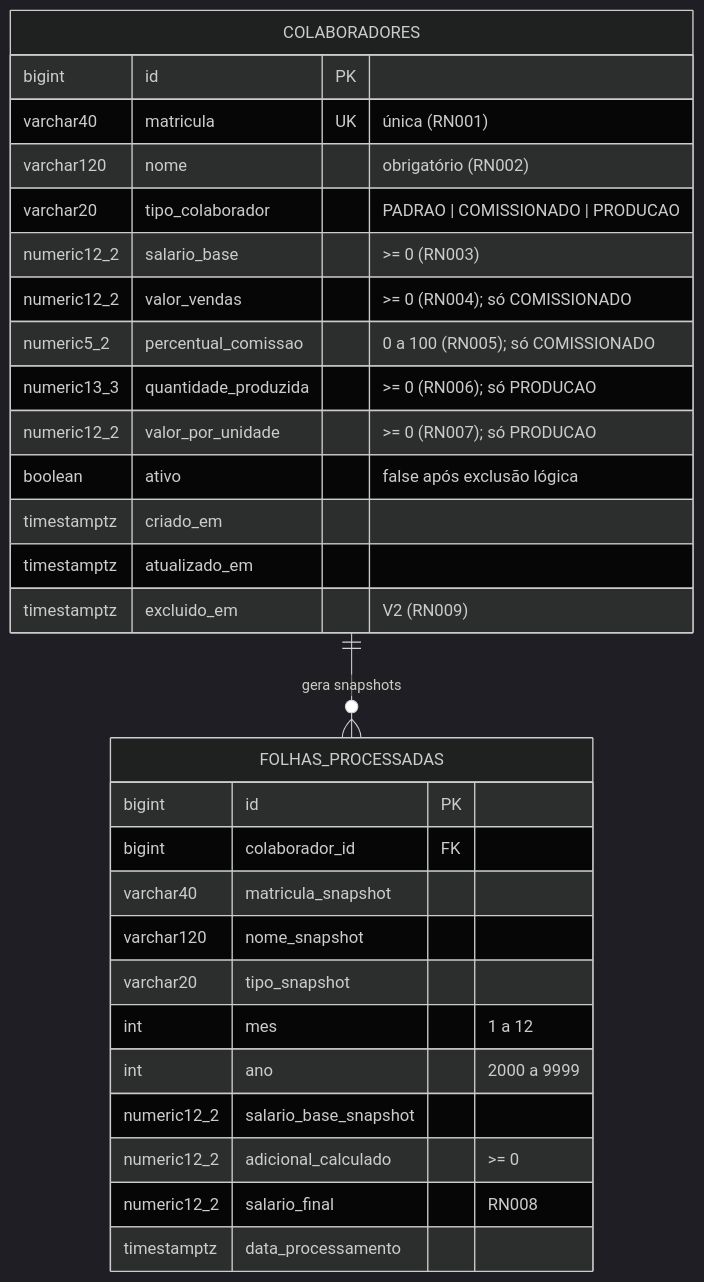
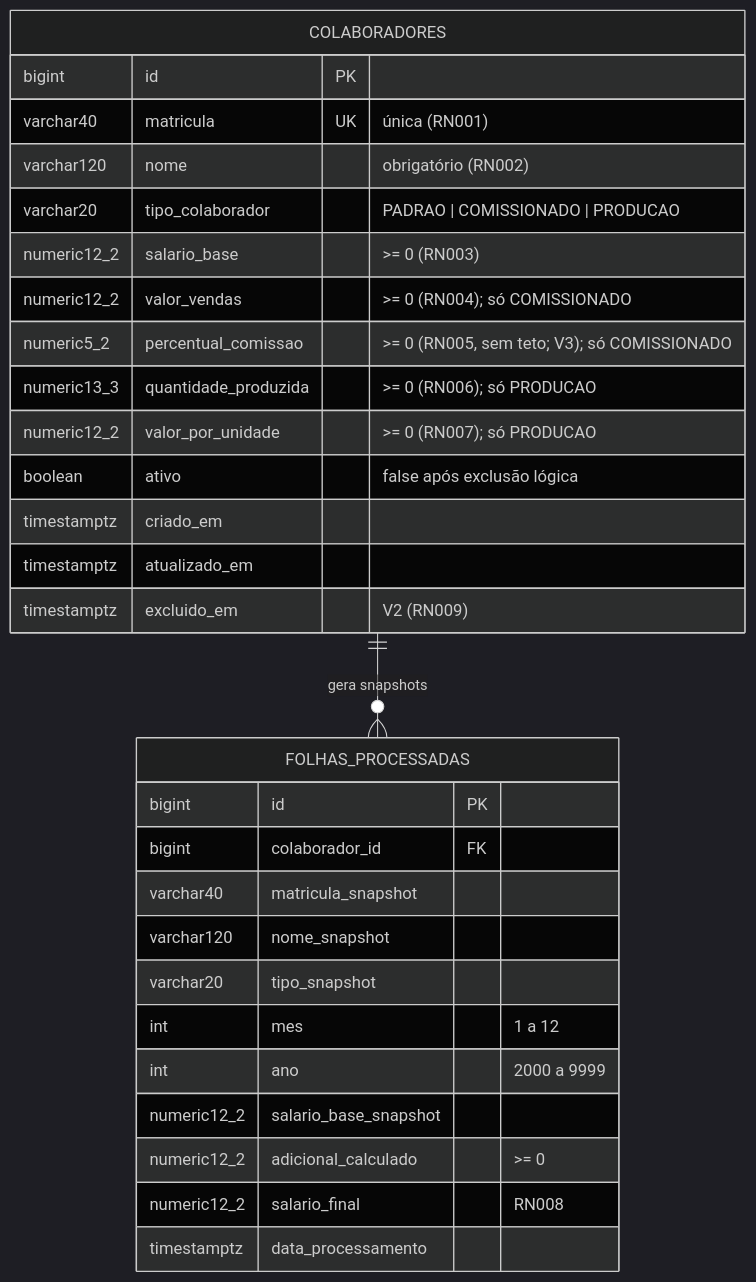
Before and after one commit to aruwer/FolhaPagamento: the diagram in 06_Banco_Dados/README.md, drawn with Mermaid (dark theme). The commit also changed other lines of this file and 64 other files, not shown here.

````diff
--- a/06_Banco_Dados/README.md
+++ b/06_Banco_Dados/README.md
@@ -17,32 +17,32 @@
 ```mermaid
 erDiagram
     COLABORADORES ||--o{ FOLHAS_PROCESSADAS : "gera snapshots"
     COLABORADORES {
         bigint id PK
         varchar40 matricula UK "única (RN001)"
         varchar120 nome "obrigatório (RN002)"
         varchar20 tipo_colaborador "PADRAO | COMISSIONADO | PRODUCAO"
         numeric12_2 salario_base ">= 0 (RN003)"
         numeric12_2 valor_vendas ">= 0 (RN004); só COMISSIONADO"
-        numeric5_2 percentual_comissao "0 a 100 (RN005); só COMISSIONADO"
+        numeric5_2 percentual_comissao ">= 0 (RN005, sem teto; V3); só COMISSIONADO"
         numeric13_3 quantidade_produzida ">= 0 (RN006); só PRODUCAO"
         numeric12_2 valor_por_unidade ">= 0 (RN007); só PRODUCAO"
         boolean ativo "false após exclusão lógica"
         timestamptz criado_em
         timestamptz atualizado_em
         timestamptz excluido_em "V2 (RN009)"
     }
     FOLHAS_PROCESSADAS {
         bigint id PK
         bigint colaborador_id FK
         varchar40 matricula_snapshot
         varchar120 nome_snapshot
         varchar20 tipo_snapshot
         int mes "1 a 12"
         int ano "2000 a 9999"
         numeric12_2 salario_base_snapshot
         numeric12_2 adicional_calculado ">= 0"
         numeric12_2 salario_final "RN008"
         timestamptz data_processamento
     }
 ```
````
